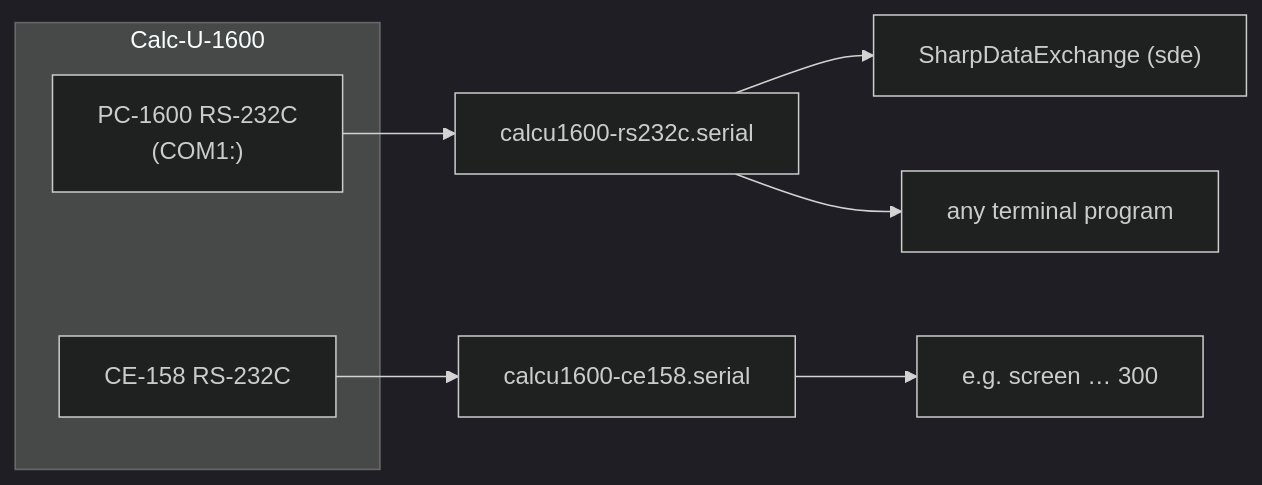
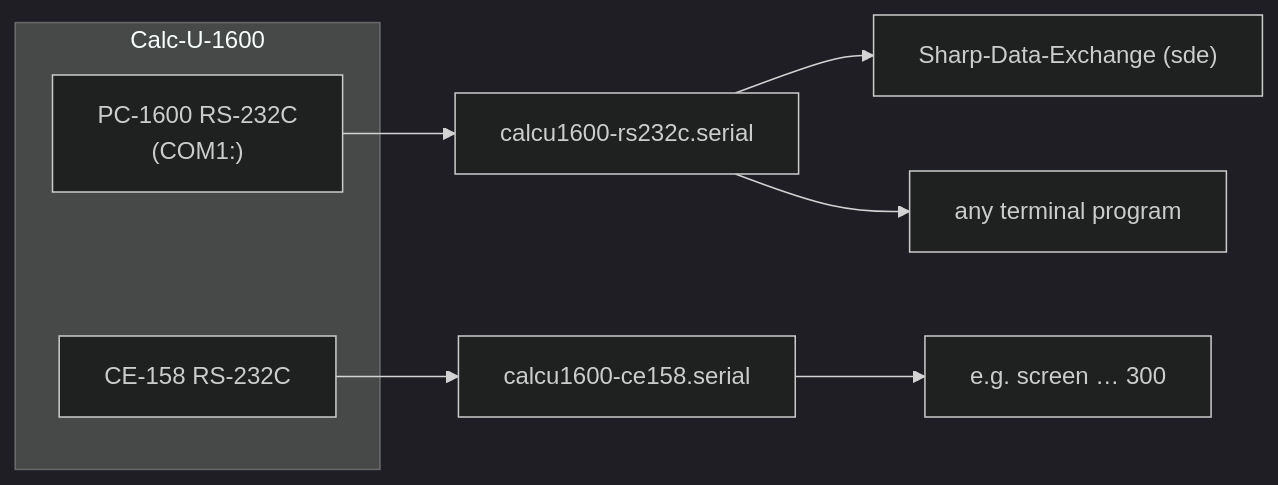
The diagram in products/calc-u-1600/help/09-com-ports.md (tinue/calc-u), drawn with Mermaid (dark theme) before and after one commit. The commit also changed other lines of this file and 69 other files, not shown here.

````diff
--- a/products/calc-u-1600/help/09-com-ports.md
+++ b/products/calc-u-1600/help/09-com-ports.md
@@ -7,12 +7,12 @@
 ```mermaid
 flowchart LR
     subgraph Calc-U-1600
       U16["PC-1600 RS-232C<br/>(COM1:)"]
       U158["CE-158 RS-232C"]
     end
     U16 --> L1["calcu1600-rs232c.serial"]
     U158 --> L2["calcu1600-ce158.serial"]
-    L1 --> SDE["SharpDataExchange (sde)"]
+    L1 --> SDE["Sharp-Data-Exchange (sde)"]
     L1 --> T["any terminal program"]
     L2 --> SCR["e.g. screen … 300"]
 ```
````
